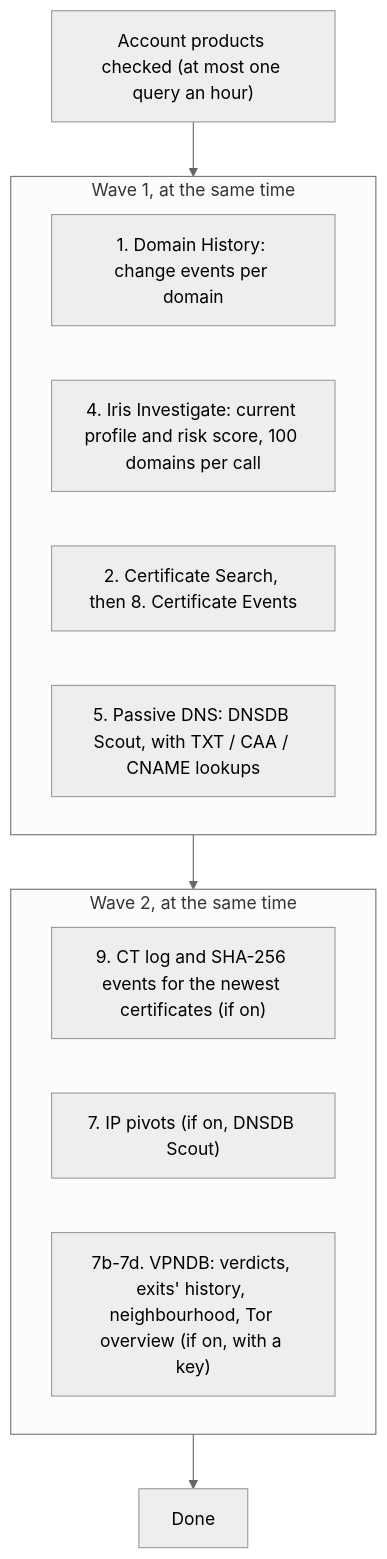
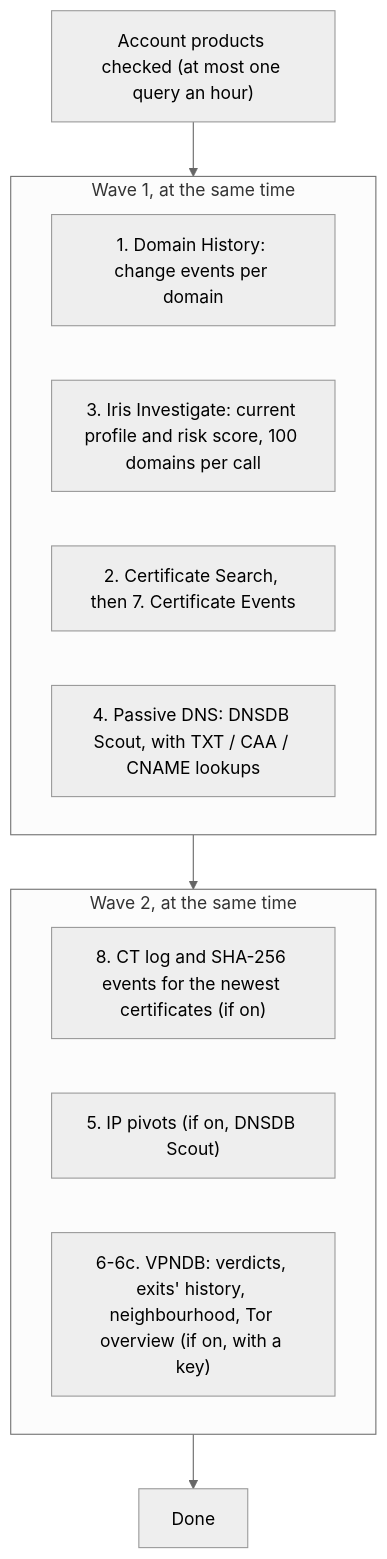
The fourth of 8 diagrams in docs/WORKFLOWS.md (mmesojedec/DomainTools_Analysis_Detection), drawn with Mermaid (neutral theme) before and after one commit. The commit also changed other lines of this file and 101 other files, not shown here.

````diff
--- a/docs/WORKFLOWS.md
+++ b/docs/WORKFLOWS.md
@@ -110,17 +112,17 @@
 ```mermaid
 flowchart TD
     A["Account products checked (at most one query an hour)"] --> W1
     subgraph W1["Wave 1, at the same time"]
         S1["1. Domain History: change events per domain"]
-        S4["4. Iris Investigate: current profile and risk score, 100 domains per call"]
-        S2["2. Certificate Search, then 8. Certificate Events"]
-        S5["5. Passive DNS: DNSDB Scout, with TXT / CAA / CNAME lookups"]
+        S4["3. Iris Investigate: current profile and risk score, 100 domains per call"]
+        S2["2. Certificate Search, then 7. Certificate Events"]
+        S5["4. Passive DNS: DNSDB Scout, with TXT / CAA / CNAME lookups"]
     end
     W1 --> W2
     subgraph W2["Wave 2, at the same time"]
-        S9["9. CT log and SHA-256 events for the newest certificates (if on)"]
-        S7["7. IP pivots (if on, DNSDB Scout)"]
-        S7w["7b-7d. VPNDB: verdicts, exits' history, neighbourhood, Tor overview (if on, with a key)"]
+        S9["8. CT log and SHA-256 events for the newest certificates (if on)"]
+        S7["5. IP pivots (if on, DNSDB Scout)"]
+        S7w["6-6c. VPNDB: verdicts, exits' history, neighbourhood, Tor overview (if on, with a key)"]
     end
     W2 --> Z["Done"]
 ```
````
